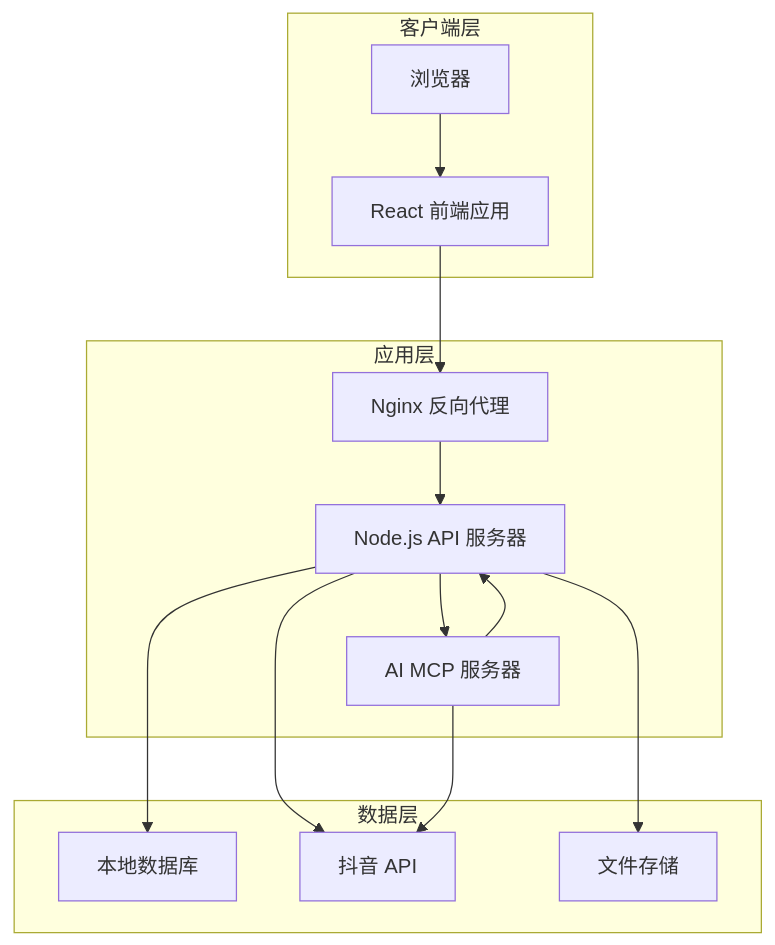
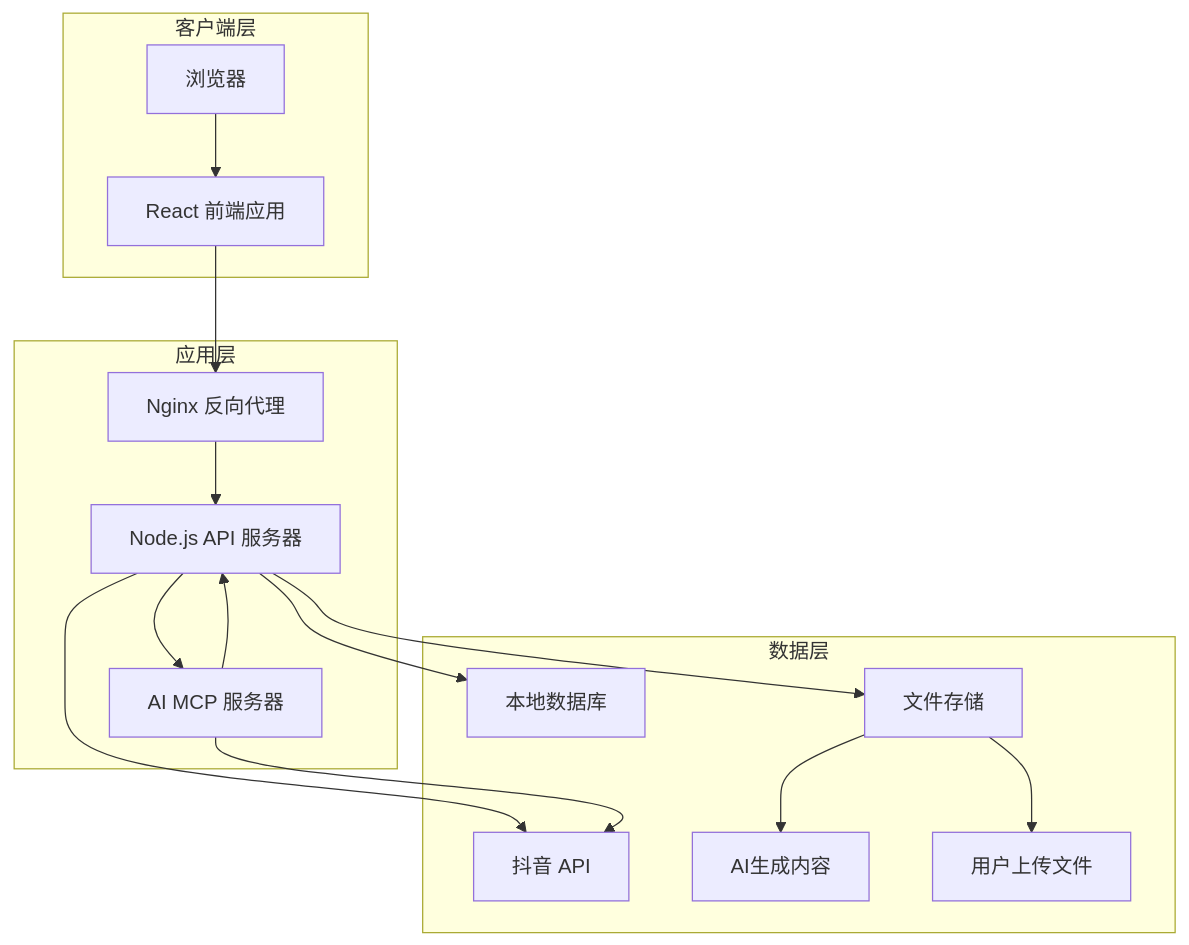
One commit to songdiyang/clawOperations changed the third of 11 diagrams in .qoder/repowiki/zh/content/开发指南/部署基础设施.md. Above: the diagram before and after it, drawn with Mermaid. The commit also changed other lines of this file and 10 other files, not shown here.

````diff
--- a/.qoder/repowiki/zh/content/开发指南/部署基础设施.md
+++ b/.qoder/repowiki/zh/content/开发指南/部署基础设施.md
@@ -158,21 +162,25 @@
 ```mermaid
 graph TB
 subgraph "客户端层"
 A[浏览器] --> B[React 前端应用]
 end
 subgraph "应用层"
 C[Nginx 反向代理] --> D[Node.js API 服务器]
 D --> E[AI MCP 服务器]
 end
 subgraph "数据层"
 F[本地数据库]
 G[抖音 API]
 H[文件存储]
+I[AI生成内容]
+J[用户上传文件]
 end
 B --> C
 D --> F
 D --> G
 E --> D
 E --> G
 D --> H
+H --> I
+H --> J
 ```
````
